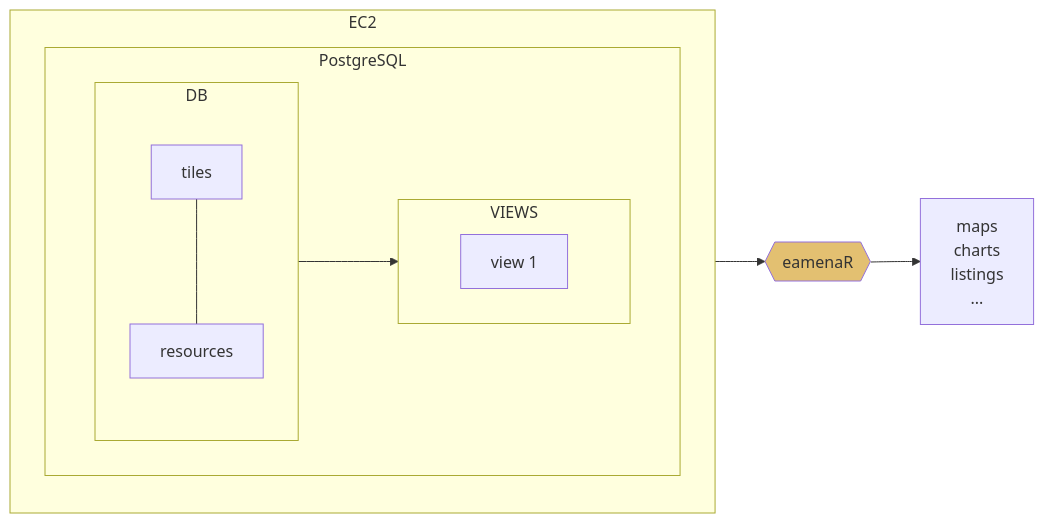
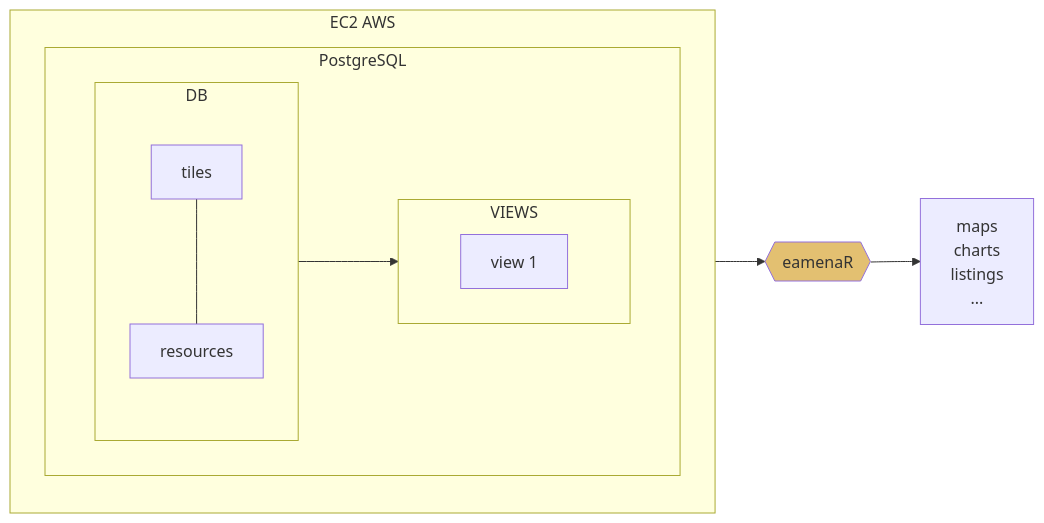
The third of 5 diagrams in dev/README.md (eamena-project/eamena-arches-dev), drawn with Mermaid before and after one commit.

Commit message:
views diagram

````diff
--- a/dev/README.md
+++ b/dev/README.md
@@ -40,21 +40,21 @@
 ```mermaid
 flowchart LR
-  subgraph EC2
+  subgraph EC2 [EC2 AWS]
     direction TB
     subgraph PostgreSQL
         direction LR
         subgraph DB
             direction TB
             A[tiles] --- B[resources]
         end
         subgraph VIEWS
             direction LR
             C[view 1]
         end
     end
   end
   DB --> VIEWS
   VIEWS --> D{{eamenaR}}:::eamenaRpkg
   D --> E[maps<br>charts<br>listings<br>...]
   classDef eamenaRpkg fill:#e3c071
 ```
````
